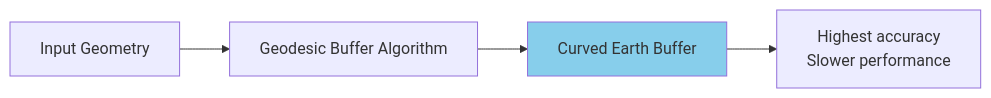
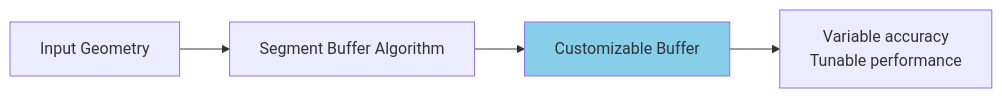
Before and after one commit to sducournau/filter_mate: the third of 3 diagrams in website/docs/user-guide/buffer-operations.md, drawn with Mermaid. The commit also changed other lines of this file and 133 other files, not shown here.

````diff
--- a/website/docs/user-guide/buffer-operations.md
+++ b/website/docs/user-guide/buffer-operations.md
@@ -108,8 +134,8 @@
 ```mermaid
 graph LR
-    A[Input Geometry] --> B[Geodesic Buffer Algorithm]
-    B --> C[Curved Earth Buffer]
-    C --> D[Highest accuracy<br/>Slower performance]
+    A[Input Geometry] --> B[Segment Buffer Algorithm]
+    B --> C[Customizable Buffer]
+    C --> D[Variable accuracy<br/>Tunable performance]
     
     style C fill:#87CEEB
 ```
````
